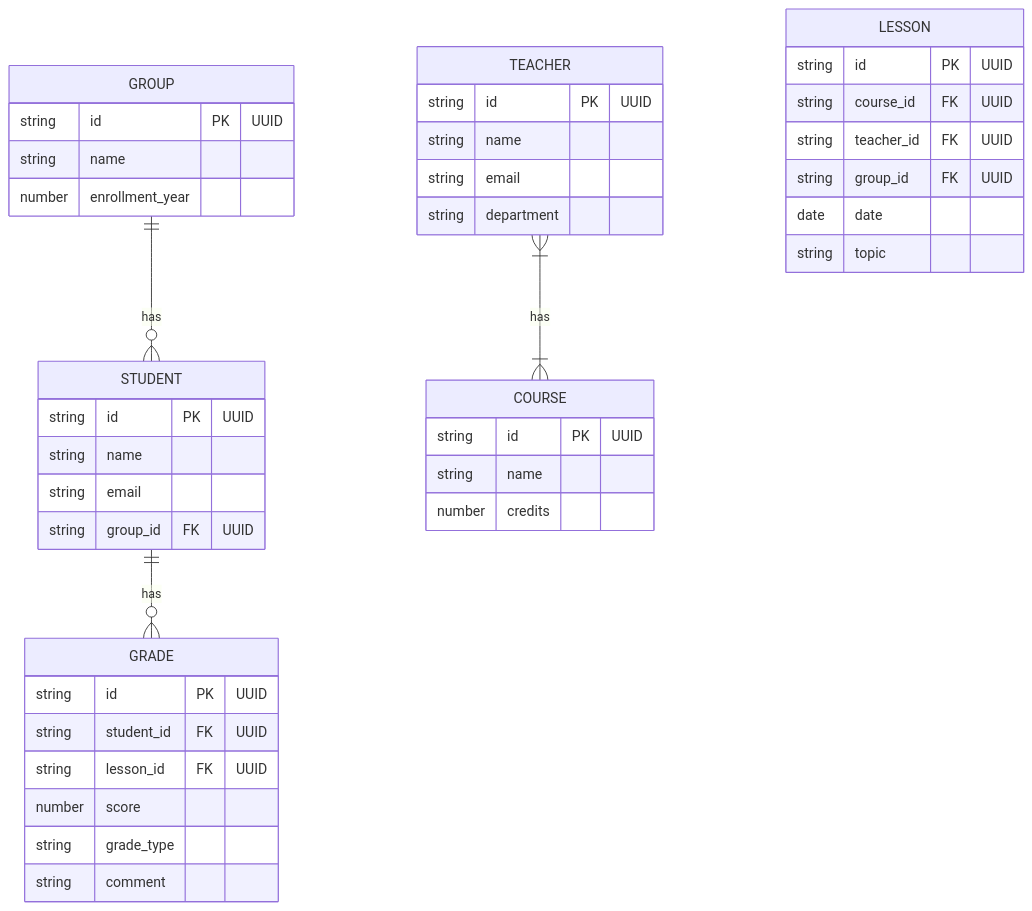
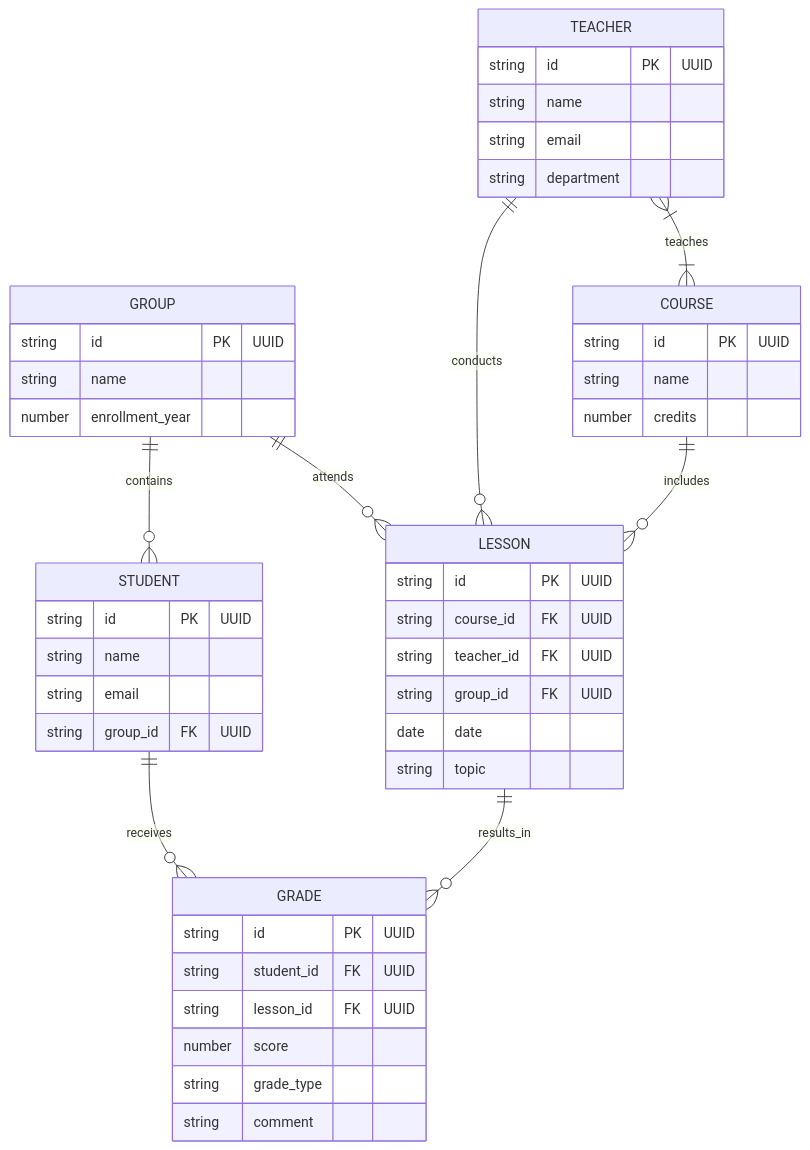
Before and after one commit to Mayki603/gradebook: the diagram in er-diagram.mmd, drawn with Mermaid. The commit also changed 1 other file, not shown here.

```diff
--- a/er-diagram.mmd
+++ b/er-diagram.mmd
@@ -1,43 +1,47 @@
 erDiagram
     GROUP {
         string id PK "UUID"
         string name
         number enrollment_year
     }
     STUDENT {
         string id PK "UUID"
         string name
         string email
         string group_id FK "UUID"
     }
     TEACHER {
         string id PK "UUID"
         string name
         string email
         string department
     }
     COURSE {
         string id PK "UUID"
         string name
         number credits
     }
     LESSON {
         string id PK "UUID"
         string course_id FK "UUID"
         string teacher_id FK "UUID"
         string group_id FK "UUID"
         date date
         string topic
     }
     GRADE {
         string id PK "UUID"
         string student_id FK "UUID"
         string lesson_id FK "UUID"
         number score
         string grade_type
         string comment
     }
 
-    GROUP ||--o{ STUDENT : has
-    TEACHER }|--|{ COURSE : has
-    STUDENT ||--o{ GRADE : has
+    GROUP ||--o{ STUDENT : "contains"
+    GROUP ||--o{ LESSON : "attends"
+    TEACHER }|--|{ COURSE : "teaches"
+    TEACHER ||--o{ LESSON : "conducts"
+    COURSE ||--o{ LESSON : "includes"
+    STUDENT ||--o{ GRADE : "receives"
+    LESSON ||--o{ GRADE : "results_in"
```
